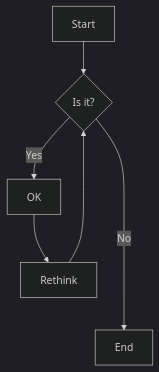
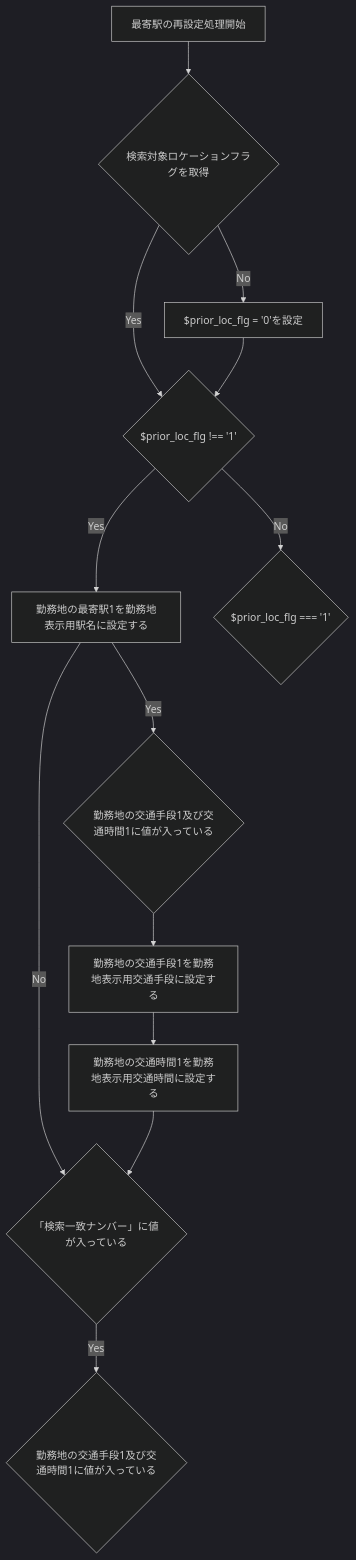
The diagram in README.md (Yuya-Takishima/Test), drawn with Mermaid (dark theme) before and after one commit. The commit also changed other lines of this file, not shown here.

Commit message:
no message

````diff
--- a/README.md
+++ b/README.md
@@ -13,8 +17,18 @@
 ```mermaid
   flowchart TD;
-      A[Start] --> B{Is it?};
-      B -->|Yes| C[OK];
-      C --> D[Rethink];
-      D --> B;
-      B ---->|No| E[End];
+      A[最寄駅の再設定処理開始] --> B{検索対象ロケーションフラグを取得};
+      B -->|Yes| C{$prior_loc_flg !== '1'};
+      B -->|No| D[$prior_loc_flg = '0'を設定];
+      D --> C;
+      C -->|Yes| E[勤務地の最寄駅1を勤務地表示用駅名に設定する];
+      C -->|No| F{"$prior_loc_flg === '1'"};
+      
+      E -->|Yes| G{勤務地の交通手段1及び交通時間1に値が入っている};
+      E -->|No| H{"「検索一致ナンバー」に値が入っている"};
+
+      G --> I[勤務地の交通手段1を勤務地表示用交通手段に設定する];
+      I --> J[勤務地の交通時間1を勤務地表示用交通時間に設定する];
+      J --> H;
+      H -->|Yes| K{勤務地の交通手段1及び交通時間1に値が入っている};
+      click A "#Test2" _blank
 ```
````
